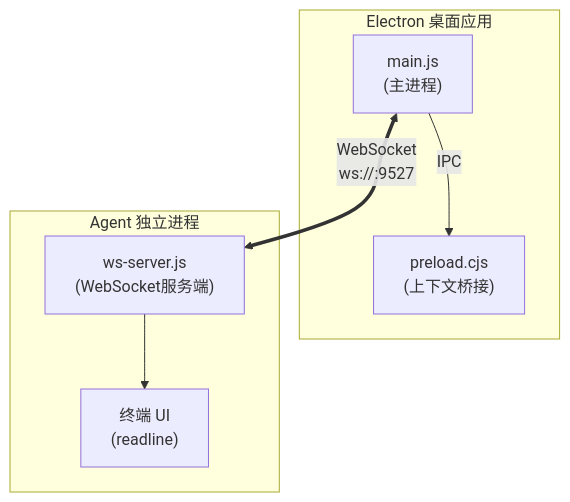
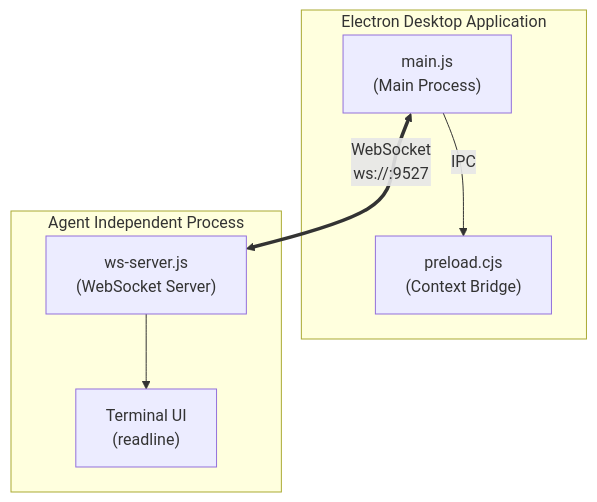
One commit to 1486853830/CogitoAgent changed the first of 6 diagrams in README.md. Above: the diagram before and after it, drawn with Mermaid. The commit also changed other lines of this file and 2 other files, not shown here.

````diff
--- a/README.md
+++ b/README.md
@@ -997,16 +997,16 @@
 ```mermaid
 flowchart TB
-    subgraph ElectronApp["Electron 桌面应用"]
-        Main["main.js<br/>(主进程)"]
-        Preload["preload.cjs<br/>(上下文桥接)"]
+    subgraph ElectronApp["Electron Desktop Application"]
+        Main["main.js<br/>(Main Process)"]
+        Preload["preload.cjs<br/>(Context Bridge)"]
         Main -- "IPC" --> Preload
     end
 
-    subgraph AgentProcess["Agent 独立进程"]
-        WSServer["ws-server.js<br/>(WebSocket服务端)"]
-        TerminalUI["终端 UI<br/>(readline)"]
+    subgraph AgentProcess["Agent Independent Process"]
+        WSServer["ws-server.js<br/>(WebSocket Server)"]
+        TerminalUI["Terminal UI<br/>(readline)"]
         WSServer --> TerminalUI
     end
 
     Main <==>|"WebSocket<br/>ws://:9527"| WSServer
 ```
````
